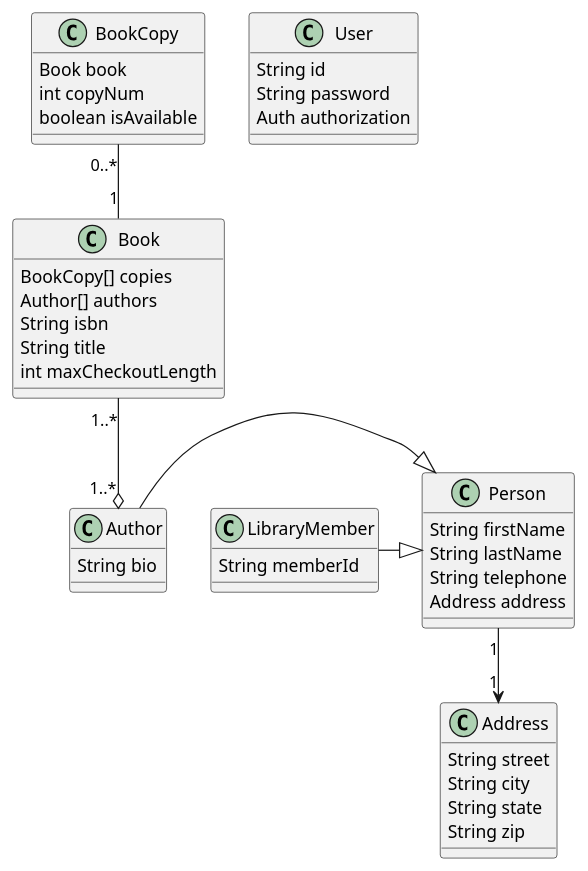
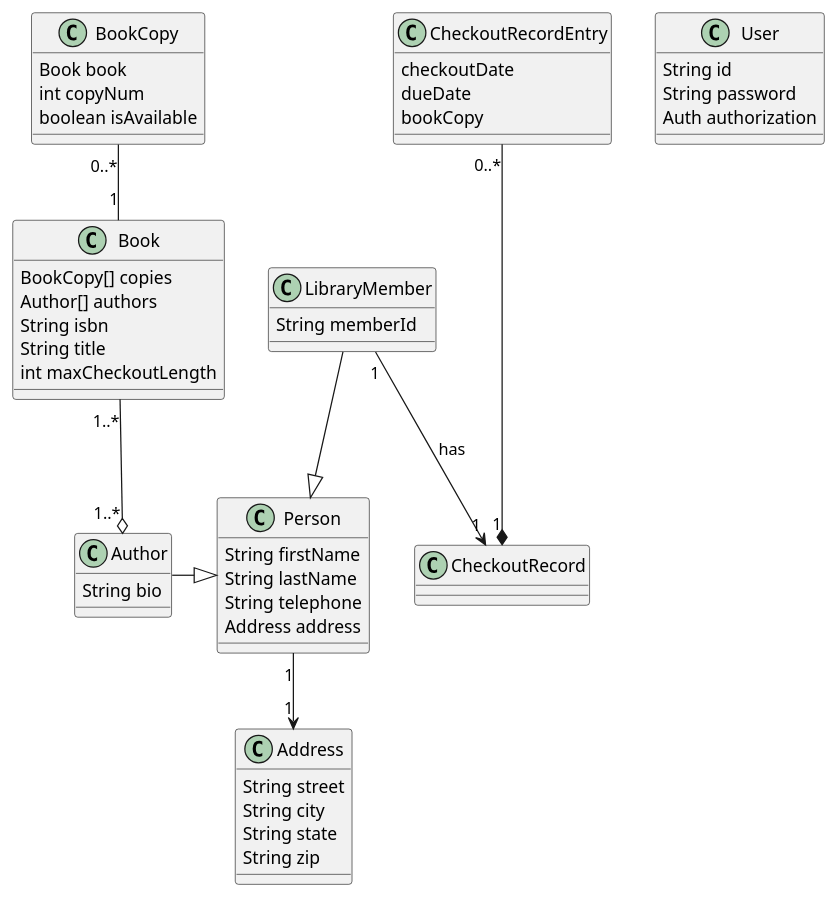
The diagram in doc/Class.puml (vohoangxuan/LibraryProject), drawn with PlantUML before and after one commit. The commit also changed 4 other files, not shown here.

Commit message:
diagrams

```diff
--- a/doc/Class.puml
+++ b/doc/Class.puml
@@ -1,49 +1,61 @@
 @startuml
 class Person{
     String firstName
     String lastName
     String telephone
     Address address
 }
 
 class Address{
     String street
     String city
     String state
     String zip
 }
 
 class Book{
     BookCopy[] copies
     Author[] authors
     String isbn
     String title
     int maxCheckoutLength
 }
 
 class BookCopy{
     Book book
     int copyNum
     boolean isAvailable
 }
 
 class Author{
     String bio
 }
 
 class LibraryMember{
     String memberId
 }
 
 class User{
     String id
     String password
     Auth authorization
 }
 
+class CheckoutRecordEntry{
+    checkoutDate
+    dueDate
+    bookCopy
+}
+
+class CheckoutRecord{
+
+}
+
 Person "1"-->"1" Address
 Author -r|> Person
-LibraryMember -d|> Person
+LibraryMember -d-|> Person
+LibraryMember "1"-d->"1" CheckoutRecord: has
+CheckoutRecordEntry "0..*"-down--*"1" CheckoutRecord
 Book "1..*"--o "1..*" Author
 BookCopy "0..*"--"1" Book
 @enduml
```
